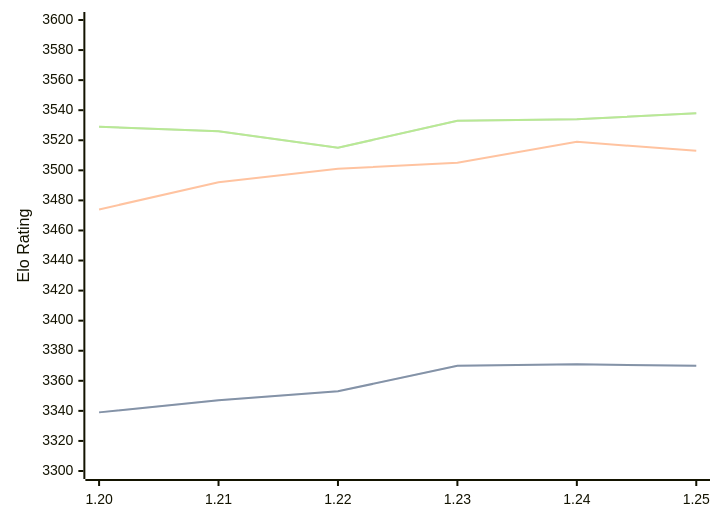
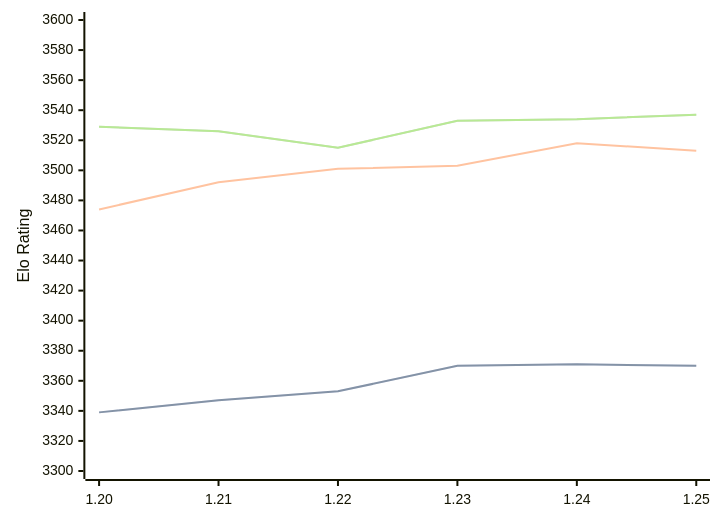
One commit to computer-chess-index/cci changed the diagram in engines/Caissa.md. Above: the diagram before and after it, drawn with Mermaid. The commit also changed other lines of this file, not shown here.

Commit message:
Update CCI Ratings (ELO VLTC) - 2026-06-09

````diff
--- a/engines/Caissa.md
+++ b/engines/Caissa.md
@@ -65,11 +65,11 @@
 ```mermaid
 %%{init: {"theme":"base","themeVariables":{"seriesColors:['#a3a3a3','#222221','#faa371']}}}%%
 xychart-beta
   x-axis ["1.20", "1.21", "1.22", "1.23", "1.24", "1.25"]
   y-axis "Elo Rating" 3300 --> 3600
   line "STC (8.0+0.08s)" [3339, 3347, 3353, 3370, 3371, 3370]
   line "STC (8.0+0.08s)" [3339, 3347, 3353, 3370, 3371, 3370]
-  line "LTC (60.0+0.60s)" [3474, 3492, 3501, 3505, 3519, 3513]
-  line "VLTC (2m24s+1.12s)" [3529, 3526, 3515, 3533, 3534, 3538]
-  line "VLTC (2m24s+1.12s)" [3529, 3526, 3515, 3533, 3534, 3538]
+  line "LTC (60.0+0.60s)" [3474, 3492, 3501, 3503, 3518, 3513]
+  line "VLTC (2m24s+1.12s)" [3529, 3526, 3515, 3533, 3534, 3537]
+  line "VLTC (2m24s+1.12s)" [3529, 3526, 3515, 3533, 3534, 3537]
 ```
````
